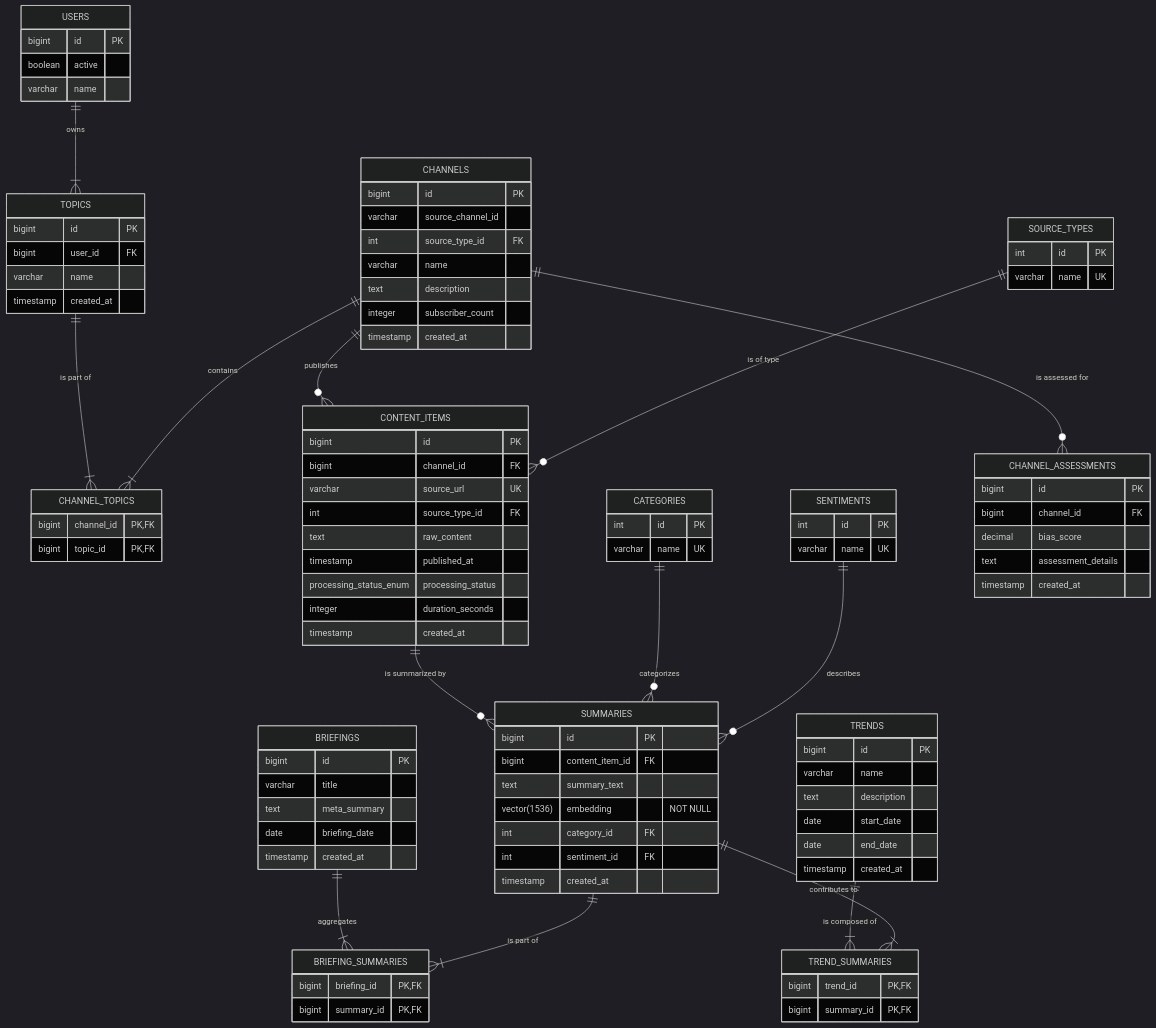
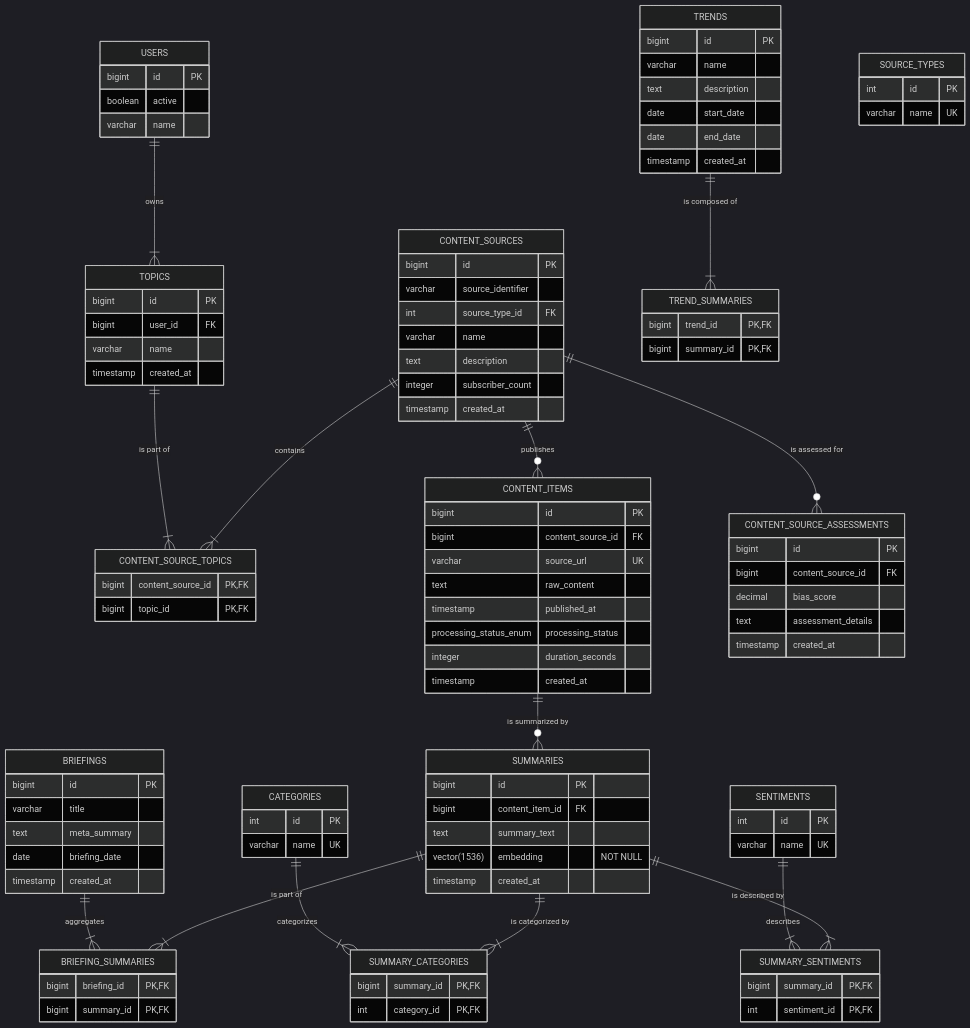
Before and after one commit to sjuresa/povzetkar: the diagram in docs/sdlc/04_database_design.md, drawn with Mermaid (dark theme). The commit also changed other lines of this file, not shown here.

````diff
--- a/docs/sdlc/04_database_design.md
+++ b/docs/sdlc/04_database_design.md
@@ -23,18 +25,14 @@
 ```mermaid
 erDiagram
     USERS ||--|{ TOPICS : "owns"
-    TOPICS ||--|{ CHANNEL_TOPICS : "is part of"
-    CHANNELS ||--|{ CHANNEL_TOPICS : "contains"
-    CHANNELS ||--o{ CONTENT_ITEMS : "publishes"
+    TOPICS ||--|{ CONTENT_SOURCE_TOPICS : "is part of"
+    CONTENT_SOURCES ||--|{ CONTENT_SOURCE_TOPICS : "contains"
+    CONTENT_SOURCES ||--o{ CONTENT_ITEMS : "publishes"
     CONTENT_ITEMS ||--o{ SUMMARIES : "is summarized by"
-    CATEGORIES ||--o{ SUMMARIES : "categorizes"
-    SENTIMENTS ||--o{ SUMMARIES : "describes"
     BRIEFINGS ||--|{ BRIEFING_SUMMARIES : "aggregates"
     SUMMARIES ||--|{ BRIEFING_SUMMARIES : "is part of"
     TRENDS ||--|{ TREND_SUMMARIES : "is composed of"
-    SUMMARIES ||--|{ TREND_SUMMARIES : "contributes to"
-    SOURCE_TYPES ||--o{ CONTENT_ITEMS : "is of type"
-    CHANNELS ||--o{ CHANNEL_ASSESSMENTS : "is assessed for"
+    CONTENT_SOURCES ||--o{ CONTENT_SOURCE_ASSESSMENTS : "is assessed for"
 
     USERS {
         bigint id PK
@@ -49,9 +47,9 @@
         timestamp created_at
     }
 
-    CHANNELS {
+    CONTENT_SOURCES {
         bigint id PK
-        varchar source_channel_id
+        varchar source_identifier
         int source_type_id FK
         varchar name
         text description
@@ -59,16 +57,15 @@
         timestamp created_at
     }
 
-    CHANNEL_TOPICS {
-        bigint channel_id PK, FK
+    CONTENT_SOURCE_TOPICS {
+        bigint content_source_id PK, FK
         bigint topic_id PK, FK
     }
 
     CONTENT_ITEMS {
         bigint id PK
-        bigint channel_id FK
+        bigint content_source_id FK
         varchar source_url UK
-        int source_type_id FK
         text raw_content
         timestamp published_at
         processing_status_enum processing_status
@@ -80,10 +77,7 @@
         bigint id PK
         bigint content_item_id FK
         text summary_text
-        vector(1536) embedding "NOT NULL"
-        int category_id FK
-        int sentiment_id FK
-        timestamp created_at
+        vector(1536) embedding "NOT NULL"        timestamp created_at
     }
     
     BRIEFINGS {
@@ -97,6 +91,16 @@
     CATEGORIES {
         int id PK
         varchar name UK
+    }
+
+    SUMMARY_CATEGORIES {
+        bigint summary_id PK, FK
+        int category_id PK, FK
+    }
+
+    SUMMARY_SENTIMENTS {
+        bigint summary_id PK, FK
+        int sentiment_id PK, FK
     }
 
     BRIEFING_SUMMARIES {
@@ -128,9 +132,13 @@
         bigint summary_id PK, FK
     }
 
-    CHANNEL_ASSESSMENTS {
+    CATEGORIES ||--|{ SUMMARY_CATEGORIES : "categorizes"
+    SUMMARIES ||--|{ SUMMARY_CATEGORIES : "is categorized by"
+    SENTIMENTS ||--|{ SUMMARY_SENTIMENTS : "describes"
+    SUMMARIES ||--|{ SUMMARY_SENTIMENTS : "is described by"
+    CONTENT_SOURCE_ASSESSMENTS {
         bigint id PK
-        bigint channel_id FK
+        bigint content_source_id FK
         decimal bias_score
         text assessment_details
         timestamp created_at
````
